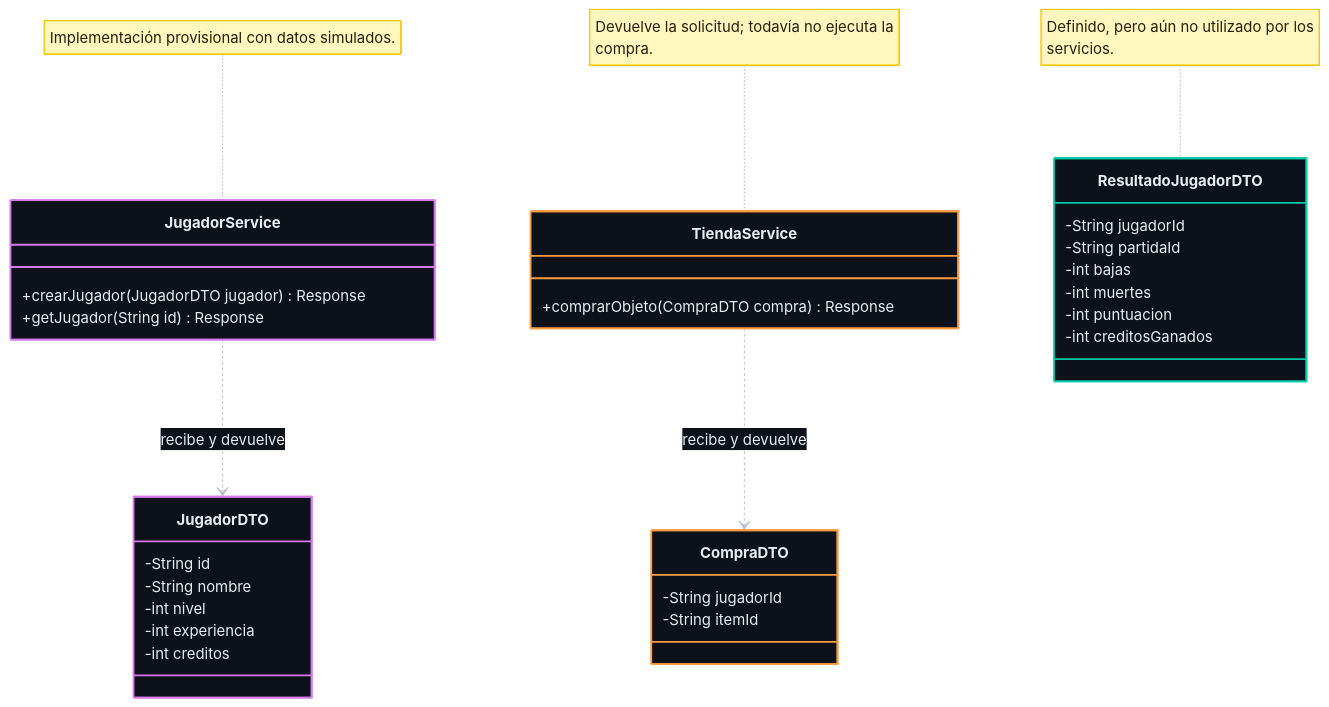
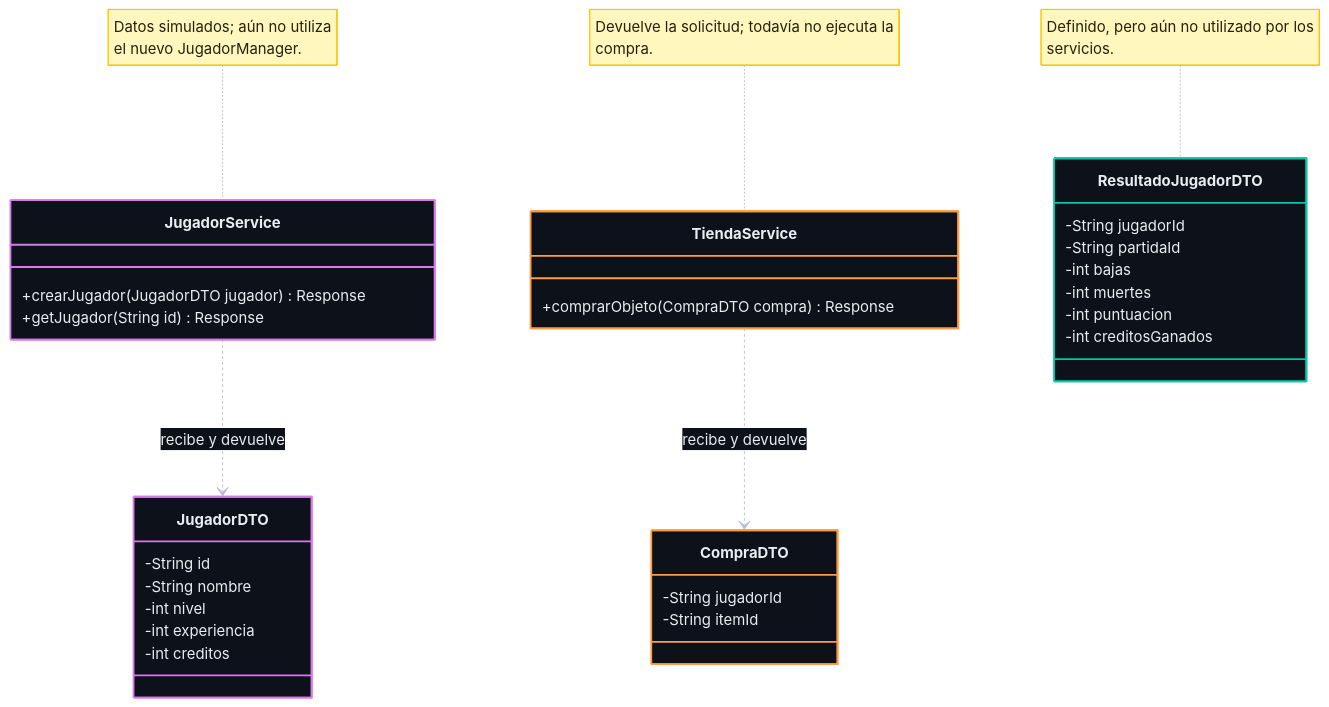
Before and after one commit to PolMC100/DSA-Proyecto: the seventh of 11 diagrams in docs/DIAGRAMAS_CLASES.md, drawn with Mermaid. The commit also changed other lines of this file, not shown here.

Commit message:
Update diagramas

````diff
--- a/docs/DIAGRAMAS_CLASES.md
+++ b/docs/DIAGRAMAS_CLASES.md
@@ -480,48 +575,48 @@
 ```mermaid
 %%{init: {"theme":"base","themeVariables":{"darkMode":true,"background":"#1b1b1f","primaryColor":"#0d111a","primaryTextColor":"#e6edf3","primaryBorderColor":"#d779ed","secondaryColor":"#0d111a","secondaryTextColor":"#e6edf3","tertiaryColor":"#0d111a","tertiaryTextColor":"#e6edf3","textColor":"#e6edf3","classText":"#e6edf3","lineColor":"#b8bfcc","edgeLabelBackground":"#1b1b1f","noteBkgColor":"#fff7be","noteBorderColor":"#f3c600","noteTextColor":"#26210a"},"themeCSS":"background-color: #1b1b1f; .noteText, .noteText tspan, .node[id^=\"note\"] .nodeLabel, .node[id^=\"note\"] .nodeLabel p { color: #26210a !important; fill: #26210a !important; }","layout":"dagre","class":{"nodeSpacing":103,"rankSpacing":100,"diagramPadding":24,"hideEmptyMembersBox":true},"flowchart":{"nodeSpacing":103,"rankSpacing":100,"curve":"linear"}}}%%
 classDiagram
     direction TB
 
     class JugadorService {
         +crearJugador(JugadorDTO jugador) Response
         +getJugador(String id) Response
     }
 
     class TiendaService {
         +comprarObjeto(CompraDTO compra) Response
     }
 
     class JugadorDTO {
         -String id
         -String nombre
         -int nivel
         -int experiencia
         -int creditos
     }
 
     class CompraDTO {
         -String jugadorId
         -String itemId
     }
 
     class ResultadoJugadorDTO {
         -String jugadorId
         -String partidaId
         -int bajas
         -int muertes
         -int puntuacion
         -int creditosGanados
     }
 
     JugadorService ..> JugadorDTO : recibe y devuelve
     TiendaService ..> CompraDTO : recibe y devuelve
 
-    note for JugadorService "Implementación provisional con datos simulados."
+    note for JugadorService "Datos simulados; aún no utiliza<br/>el nuevo JugadorManager."
     note for TiendaService "Devuelve la solicitud; todavía no ejecuta la<br/>compra."
     note for ResultadoJugadorDTO "Definido, pero aún no utilizado por los<br/>servicios."
     style JugadorService fill:#0d111a,stroke:#d779ed,stroke-width:2px,color:#e6edf3
     style TiendaService fill:#0d111a,stroke:#ff9b40,stroke-width:2px,color:#e6edf3
     style JugadorDTO fill:#0d111a,stroke:#d779ed,stroke-width:2px,color:#e6edf3
     style CompraDTO fill:#0d111a,stroke:#ff9b40,stroke-width:2px,color:#e6edf3
     style ResultadoJugadorDTO fill:#0d111a,stroke:#00c9a7,stroke-width:2px,color:#e6edf3
 ```
````
